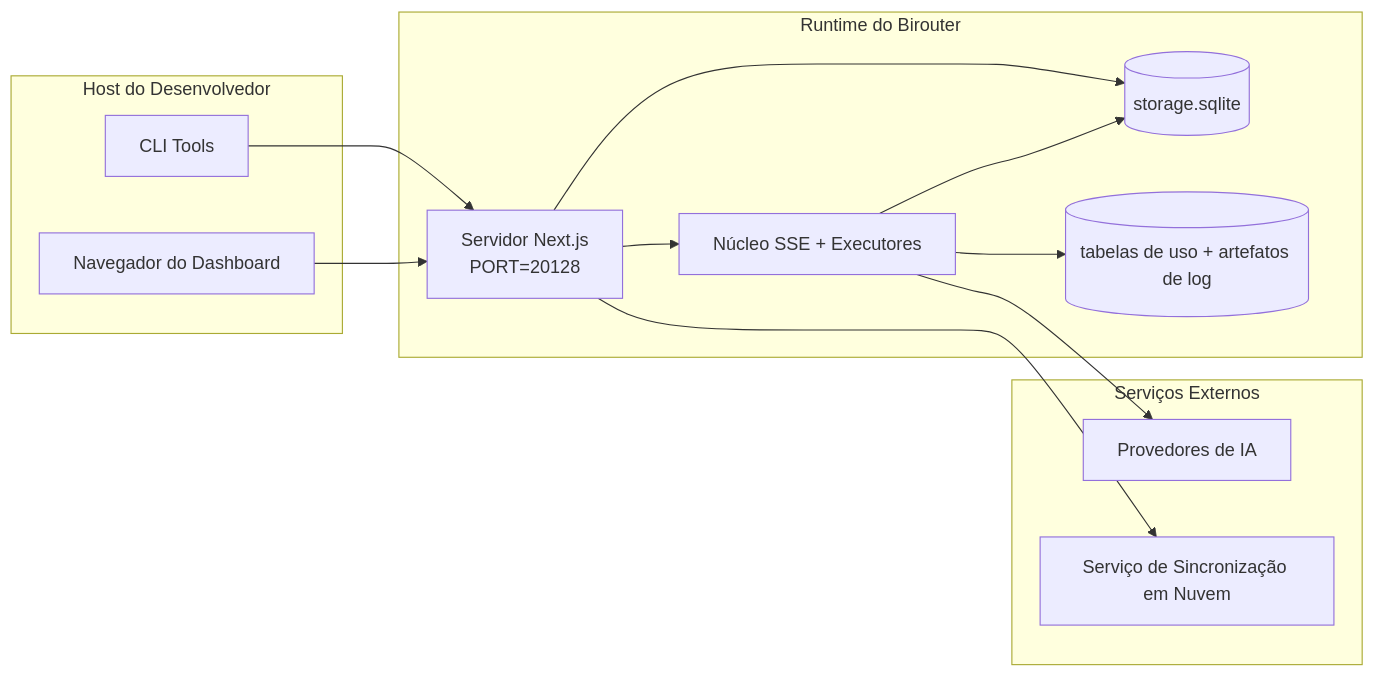
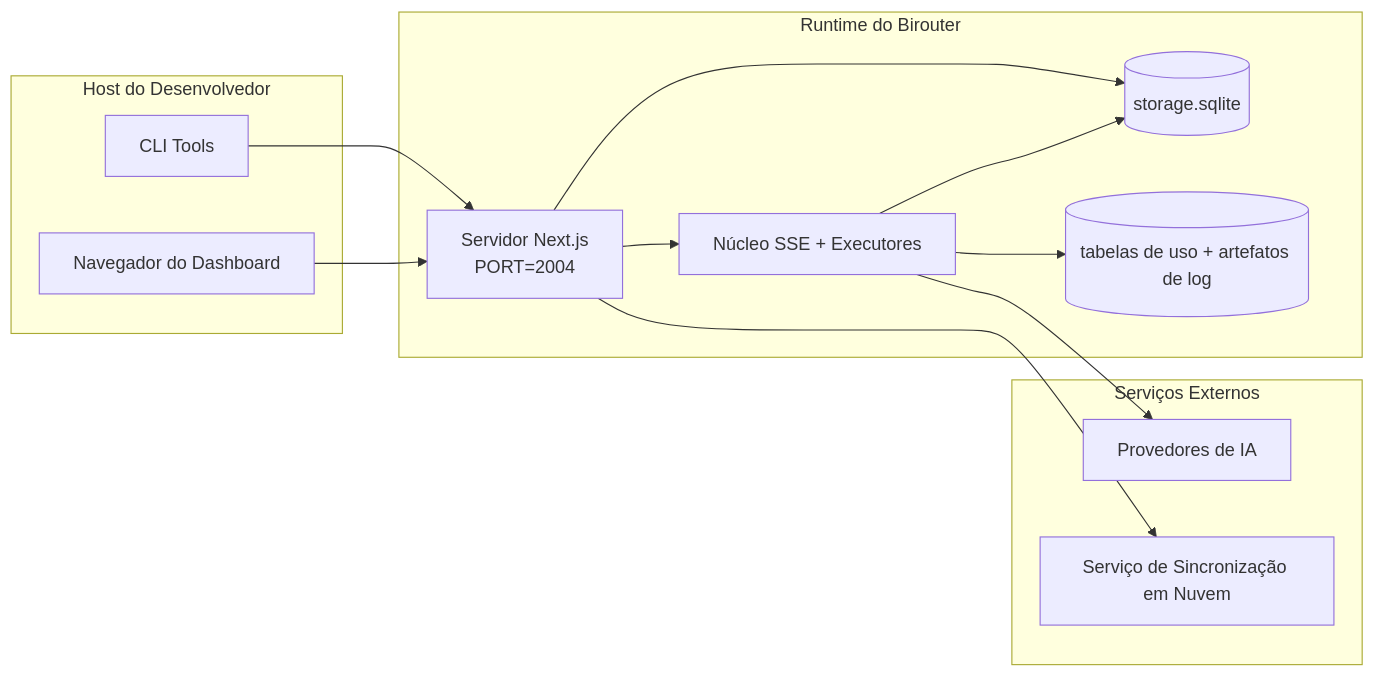
One commit to IQ-Kat/birouter changed the seventh of 7 diagrams in docs/i18n/pt-BR/docs/architecture/ARCHITECTURE.md. Above: the diagram before and after it, drawn with Mermaid. The commit also changed other lines of this file and 1268 other files, not shown here.

````diff
--- a/docs/i18n/pt-BR/docs/architecture/ARCHITECTURE.md
+++ b/docs/i18n/pt-BR/docs/architecture/ARCHITECTURE.md
@@ -791,28 +791,28 @@
 ```mermaid
 flowchart LR
     subgraph LocalHost[Host do Desenvolvedor]
         CLI[CLI Tools]
         Browser[Navegador do Dashboard]
     end
 
     subgraph ContainerOrProcess[Runtime do Birouter]
-        Next[Servidor Next.js\nPORT=20128]
+        Next[Servidor Next.js\nPORT=2004]
         Core[Núcleo SSE + Executores]
         MainDB[(storage.sqlite)]
         UsageDB[(tabelas de uso + artefatos de log)]
     end
 
     subgraph External[Serviços Externos]
         Providers[Provedores de IA]
         SyncCloud[Serviço de Sincronização em Nuvem]
     end
 
     CLI --> Next
     Browser --> Next
     Next --> Core
     Next --> MainDB
     Core --> MainDB
     Core --> UsageDB
     Core --> Providers
     Next --> SyncCloud
 ```
````
